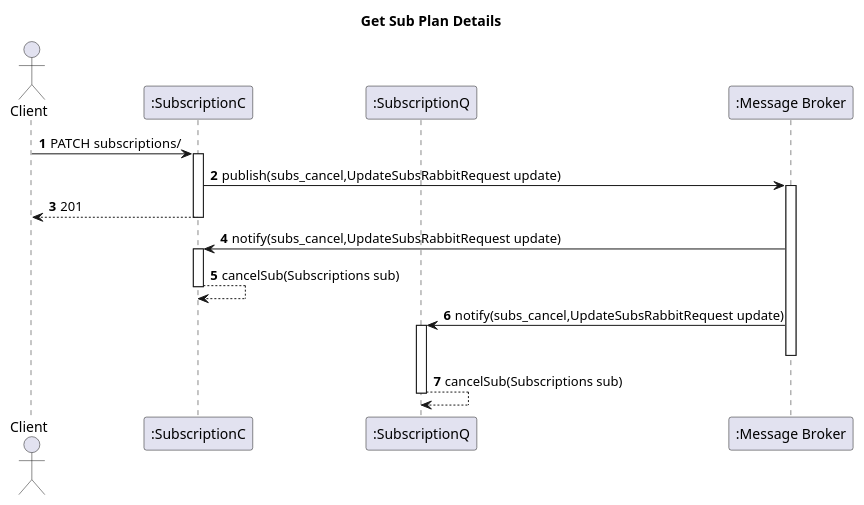
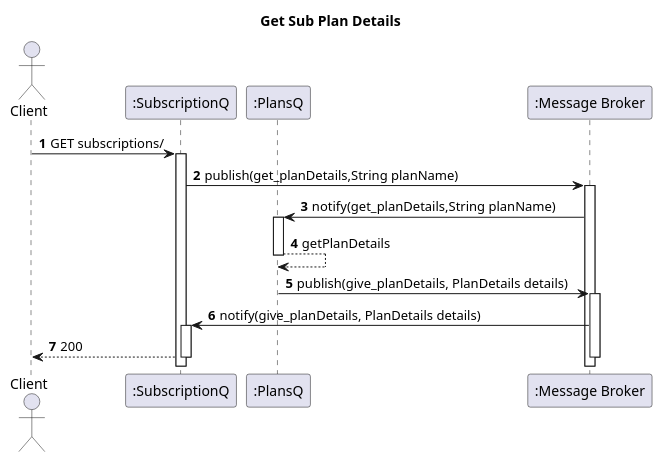
Before and after one commit to IsepMartimOliveira/SIDIS: the diagram in docs_sidis/Segunda_Avalição/Subs/Vista Logica/N2/GetSubsPlanInfo.puml, drawn with PlantUML. The commit also changed 13 other files, not shown here.

```diff
--- a/docs_sidis/Segunda_Avalição/Subs/Vista Logica/N2/GetSubsPlanInfo.puml
+++ b/docs_sidis/Segunda_Avalição/Subs/Vista Logica/N2/GetSubsPlanInfo.puml
@@ -1,27 +1,27 @@
 @startuml
 'https://plantuml.com/sequence-diagram
 autoactivate on
 autonumber
 title  Get Sub Plan Details
 
 autonumber
 
 actor "Client" as Ac
 
-participant ":SubscriptionC" as SubC
-participant ":SubscriptionQ" as SubQ
+participant ":SubscriptionQ" as SubC
+participant ":PlansQ" as SubQ
 participant ":Message Broker" as Broker
 
-Ac->SubC:PATCH subscriptions/
+Ac->SubC:GET subscriptions/
 
-SubC->Broker: publish(subs_cancel,UpdateSubsRabbitRequest update)
-SubC-->Ac:201
+SubC->Broker: publish(get_planDetails,String planName)
 
-Broker->SubC:notify(subs_cancel,UpdateSubsRabbitRequest update)
-SubC-->SubC:cancelSub(Subscriptions sub)
-Broker->SubQ:notify(subs_cancel,UpdateSubsRabbitRequest update)
+Broker->SubQ:notify(get_planDetails,String planName)
+SubQ-->SubQ: getPlanDetails
+
+SubQ->Broker: publish(give_planDetails, PlanDetails details)
+Broker->SubC:notify(give_planDetails, PlanDetails details)
+SubC-->Ac:200
 deactivate Broker
 
-SubQ-->SubQ:cancelSub(Subscriptions sub)
-
 @enduml
```
